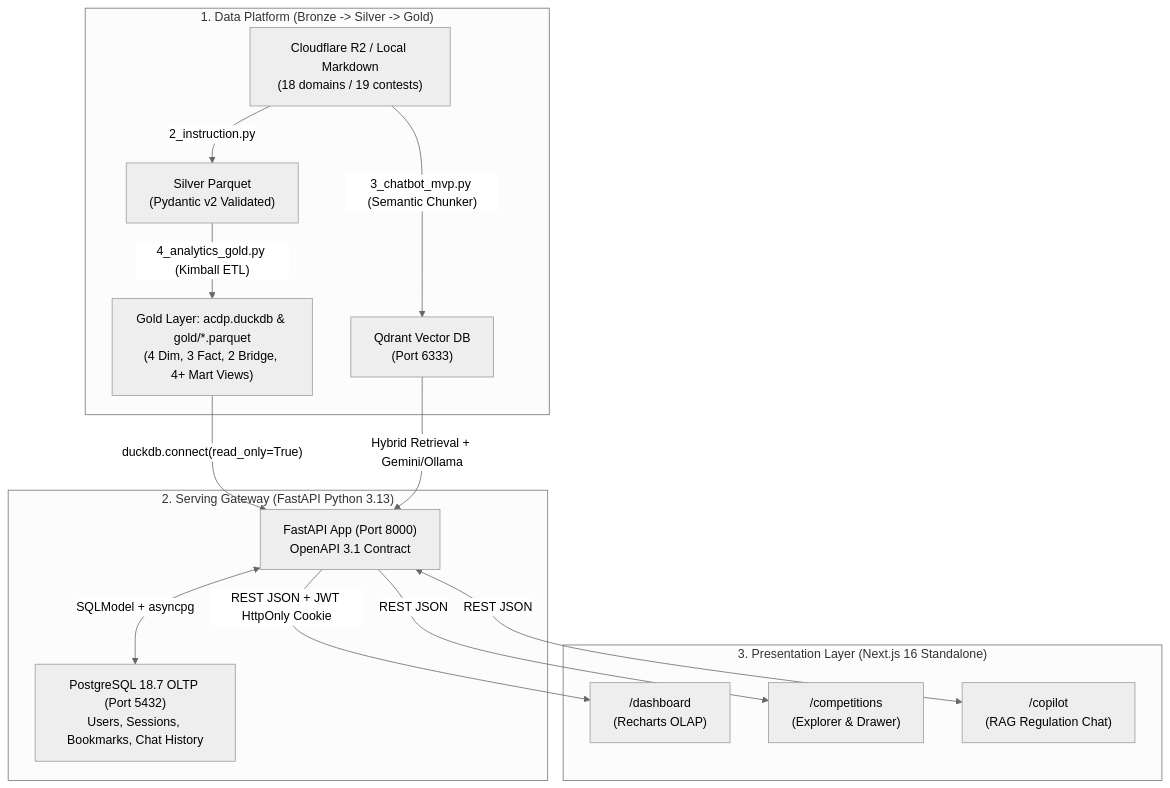
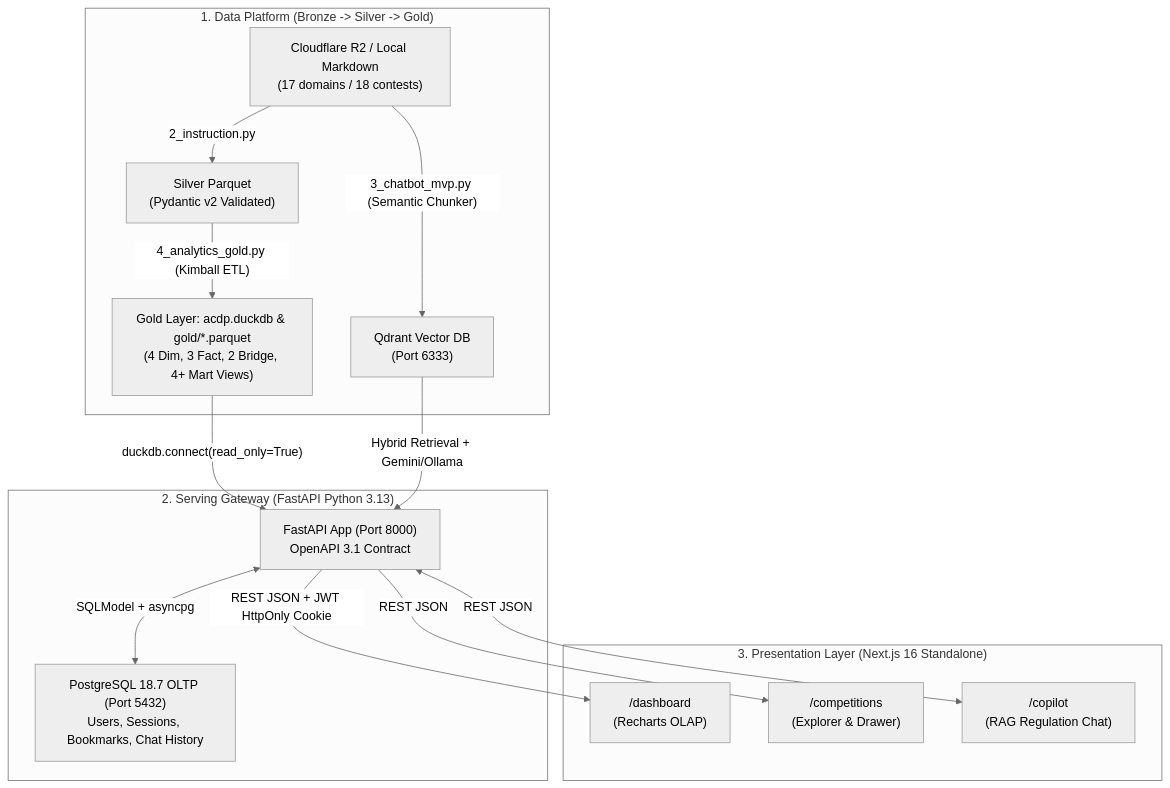
The first of 4 diagrams in docs/tasks/sprint-web-01-research-plan.md (darktheDE/acdp-platform), drawn with Mermaid (neutral theme) before and after one commit. The commit also changed other lines of this file and 7 other files, not shown here.

Commit message:
refactor: implement gold layer Kimball star schema, analytical marts, and research specs

````diff
--- a/docs/tasks/sprint-web-01-research-plan.md
+++ b/docs/tasks/sprint-web-01-research-plan.md
@@ -125,26 +125,26 @@
 ```mermaid
 flowchart TB
     subgraph L1["1. Data Platform (Bronze -> Silver -> Gold)"]
-        R2["Cloudflare R2 / Local Markdown<br>(18 domains / 19 contests)"] -->|"2_instruction.py"| SILVER["Silver Parquet<br>(Pydantic v2 Validated)"]
+        R2["Cloudflare R2 / Local Markdown<br>(17 domains / 18 contests)"] -->|"2_instruction.py"| SILVER["Silver Parquet<br>(Pydantic v2 Validated)"]
         SILVER -->|"4_analytics_gold.py (Kimball ETL)"| GOLD["Gold Layer: acdp.duckdb & gold/*.parquet<br>(4 Dim, 3 Fact, 2 Bridge, 4+ Mart Views)"]
         R2 -->|"3_chatbot_mvp.py (Semantic Chunker)"| QDRANT["Qdrant Vector DB<br>(Port 6333)"]
     end
 
     subgraph L2["2. Serving Gateway (FastAPI Python 3.13)"]
         API["FastAPI App (Port 8000)<br>OpenAPI 3.1 Contract"]
         PG["PostgreSQL 18.7 OLTP (Port 5432)<br>Users, Sessions, Bookmarks, Chat History"]
     end
 
     subgraph L3["3. Presentation Layer (Next.js 16 Standalone)"]
         DASH["/dashboard<br>(Recharts OLAP)"]
         EXP["/competitions<br>(Explorer & Drawer)"]
         CHAT["/copilot<br>(RAG Regulation Chat)"]
     end
 
     GOLD -->|"duckdb.connect(read_only=True)"| API
     QDRANT -->|"Hybrid Retrieval + Gemini/Ollama"| API
     API <-->|"SQLModel + asyncpg"| PG
     API -->|"REST JSON + JWT HttpOnly Cookie"| DASH
     API -->|"REST JSON"| EXP
     API <-->|"REST JSON"| CHAT
 ```
````
